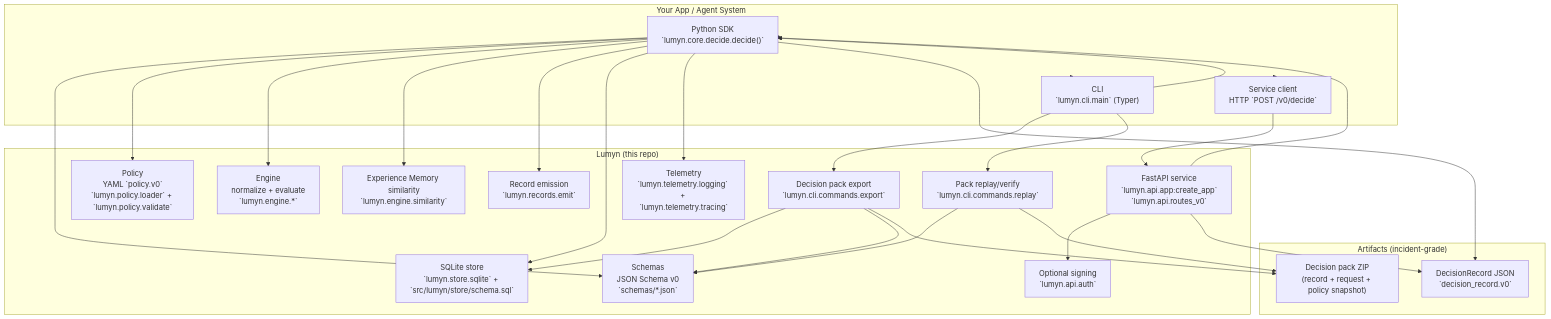
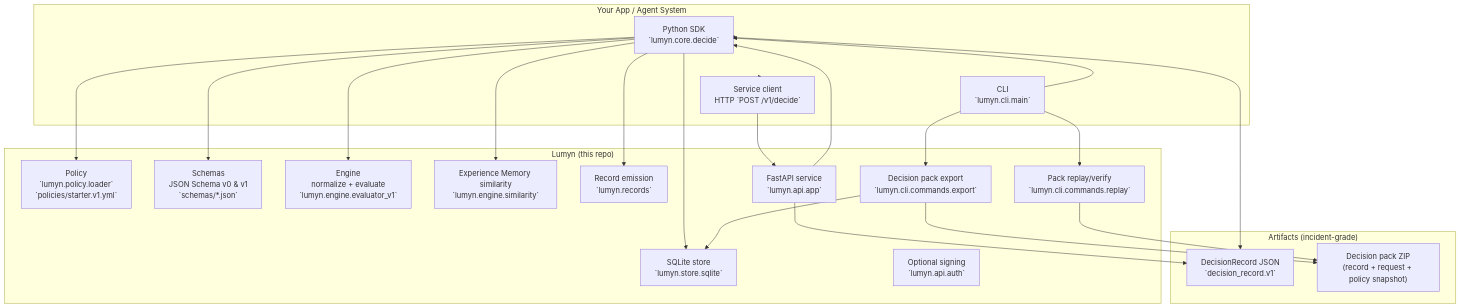
Before and after one commit to davidahmann/lumyn: the first of 3 diagrams in docs/architecture.md, drawn with Mermaid. The commit also changed other lines of this file and 8 other files, not shown here.

````diff
--- a/docs/architecture.md
+++ b/docs/architecture.md
@@ -7,54 +7,49 @@
 ```mermaid
 flowchart TB
   subgraph Caller["Your App / Agent System"]
-    SDK["Python SDK\n`lumyn.core.decide.decide()`"]
-    CLI["CLI\n`lumyn.cli.main` (Typer)"]
-    SVCClient["Service client\nHTTP `POST /v0/decide`"]
+    SDK["Python SDK\n`lumyn.core.decide`"]
+    CLI["CLI\n`lumyn.cli.main`"]
+    SVCClient["Service client\nHTTP `POST /v1/decide`"]
   end
 
   subgraph Lumyn["Lumyn (this repo)"]
-    Policy["Policy\nYAML `policy.v0`\n`lumyn.policy.loader` + `lumyn.policy.validate`"]
-    Schemas["Schemas\nJSON Schema v0\n`schemas/*.json`"]
-    Engine["Engine\nnormalize + evaluate\n`lumyn.engine.*`"]
+    Policy["Policy\n`lumyn.policy.loader`\n`policies/starter.v1.yml`"]
+    Schemas["Schemas\nJSON Schema v0 & v1\n`schemas/*.json`"]
+    Engine["Engine\nnormalize + evaluate\n`lumyn.engine.evaluator_v1`"]
     Similarity["Experience Memory similarity\n`lumyn.engine.similarity`"]
-    Records["Record emission\n`lumyn.records.emit`"]
-    Store["SQLite store\n`lumyn.store.sqlite` + `src/lumyn/store/schema.sql`"]
-    Service["FastAPI service\n`lumyn.api.app:create_app`\n`lumyn.api.routes_v0`"]
+    Records["Record emission\n`lumyn.records`"]
+    Store["SQLite store\n`lumyn.store.sqlite`"]
+    Service["FastAPI service\n`lumyn.api.app`"]
     Auth["Optional signing\n`lumyn.api.auth`"]
     Export["Decision pack export\n`lumyn.cli.commands.export`"]
     Replay["Pack replay/verify\n`lumyn.cli.commands.replay`"]
-    Telemetry["Telemetry\n`lumyn.telemetry.logging` + `lumyn.telemetry.tracing`"]
   end
 
   subgraph Artifacts["Artifacts (incident-grade)"]
-    DecisionRecord["DecisionRecord JSON\n`decision_record.v0`"]
+    DecisionRecord["DecisionRecord JSON\n`decision_record.v1`"]
     DecisionPack["Decision pack ZIP\n(record + request + policy snapshot)"]
   end
 
   Caller --> SDK
   Caller --> CLI
   Caller --> SVCClient
 
   SDK --> Schemas
   SDK --> Policy
   SDK --> Engine
   SDK --> Similarity
   SDK --> Records
   SDK --> Store
-  SDK --> Telemetry
   SDK --> DecisionRecord
 
   CLI --> SDK
   CLI --> Export
   CLI --> Replay
   Export --> Store
-  Export --> Schemas
   Export --> DecisionPack
-  Replay --> Schemas
   Replay --> DecisionPack
 
   SVCClient --> Service
-  Service --> Auth
   Service --> SDK
   Service --> DecisionRecord
 ```
````
